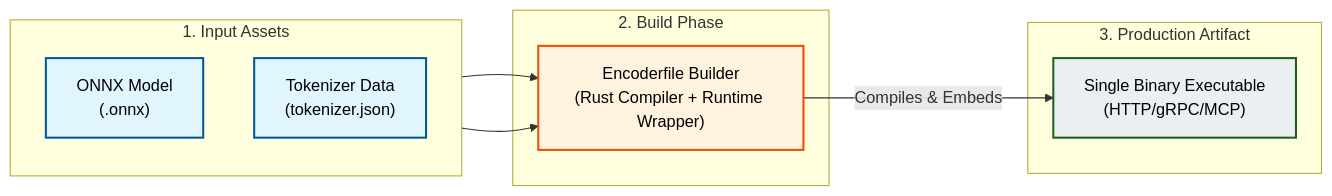
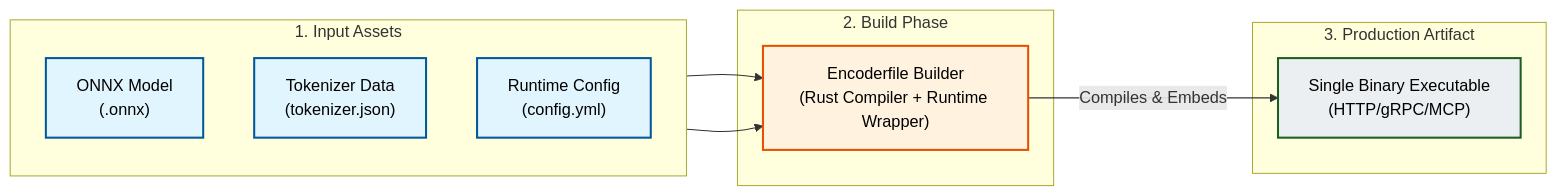
Before and after one commit to mozilla-ai/encoderfile: the diagram in README.md, drawn with Mermaid.

Commit message:
Add Runtime Config to Inputs section in README

````diff
--- a/README.md
+++ b/README.md
@@ -53,26 +53,27 @@
 ```mermaid
 flowchart LR
     %% Styling
     classDef asset fill:#e1f5fe,stroke:#01579b,stroke-width:2px,color:#000;
     classDef process fill:#fff3e0,stroke:#e65100,stroke-width:2px,color:#000;
     classDef artifact fill:#eceff1,stroke:#1b5e20,stroke-width:2px,color:#000;
 
     subgraph Inputs ["1. Input Assets"]
         direction TB
         Onnx["ONNX Model<br/>(.onnx)"]:::asset
         Tok["Tokenizer Data<br/>(tokenizer.json)"]:::asset
+        Config["Runtime Config<br/>(config.yml)"]:::asset
     end
 
     subgraph Build ["2. Build Phase"]
         Builder["Encoderfile Builder<br/>(Rust Compiler + Runtime Wrapper)"]:::process
     end
 
     subgraph Output ["3. Production Artifact"]
         Binary["Single Binary Executable<br/>(HTTP/gRPC/MCP)"]:::artifact
     end
 
     %% Connections
     Onnx --> Builder
     Tok --> Builder
     Builder -->|"Compiles & Embeds"| Binary
 ```
````
